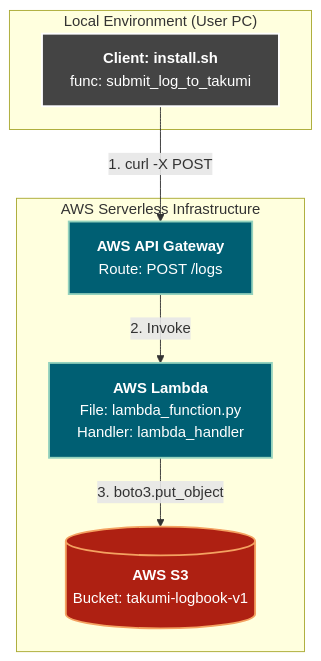
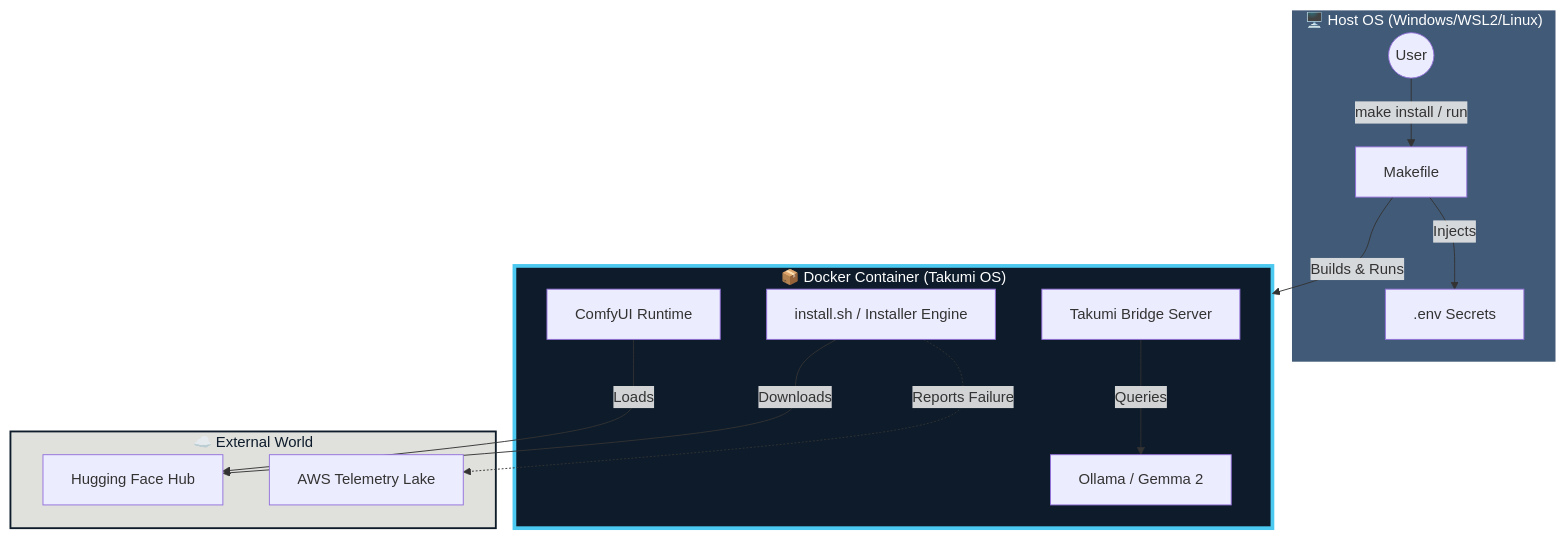
Before and after one commit to roguelikeCode/takumi-comfyui-advisor: the first of 4 diagrams in architecture.md, drawn with Mermaid. The commit also changed other lines of this file and 24 other files, not shown here.

First line of the commit message:
refactor(core): complete system-wide architecture modernization and code beautification

````diff
--- a/architecture.md
+++ b/architecture.md
@@ -3,21 +12,38 @@
 ```mermaid
 graph TD
-    %% 定義: クラスによるスタイリング（視認性向上）
-    classDef local fill:#444444,stroke:#ffffff,stroke-width:2px,color:#ffffff;
-    classDef cloud fill:#005f73,stroke:#94d2bd,stroke-width:2px,color:#ffffff;
-    classDef storage fill:#ae2012,stroke:#f4a261,stroke-width:2px,color:#ffffff;
+    %% Color Palette: Yamato Navy
+    classDef host fill:#415a77,stroke:#fff,stroke-width:2px,color:#fff;
+    classDef container fill:#0d1b2a,stroke:#4cc9f0,stroke-width:4px,color:#fff;
+    classDef cloud fill:#e0e1dd,stroke:#0d1b2a,stroke-width:2px,color:#0d1b2a;
 
-    subgraph Local["Local Environment (User PC)"]
-        A["<b>Client: install.sh</b><br/>func: submit_log_to_takumi"]:::local
+    subgraph Host ["🖥️ Host OS (Windows/WSL2/Linux)"]
+        User((User))
+        Make[Makefile]
+        Dotenv[.env Secrets]
     end
 
-    subgraph Cloud["AWS Serverless Infrastructure"]
-        B["<b>AWS API Gateway</b><br/>Route: POST /logs"]:::cloud
-        C["<b>AWS Lambda</b><br/>File: lambda_function.py<br/>Handler: lambda_handler"]:::cloud
-        D[("<b>AWS S3</b><br/>Bucket: takumi-logbook-v1")]:::storage
+    subgraph Docker ["📦 Docker Container (Takumi OS)"]
+        Installer["install.sh / Installer Engine"]
+        Runtime[ComfyUI Runtime]
+        Brain[Ollama / Gemma 2]
+        Bridge[Takumi Bridge Server]
     end
 
-    A -->|1. curl -X POST| B
-    B -->|2. Invoke| C
-    C -->|3. boto3.put_object| D
+    subgraph Cloud ["☁️ External World"]
+        HuggingFace[Hugging Face Hub]
+        AWS[AWS Telemetry Lake]
+    end
+
+    User -->|make install / run| Make
+    Make -->|Injects| Dotenv
+    Make -->|Builds & Runs| Docker
+    
+    Installer -->|Downloads| HuggingFace
+    Runtime -->|Loads| HuggingFace
+    Bridge -->|Queries| Brain
+    Installer -.->|Reports Failure| AWS
+    
+    class Host host;
+    class Docker container;
+    class Cloud cloud;
 ```
````
